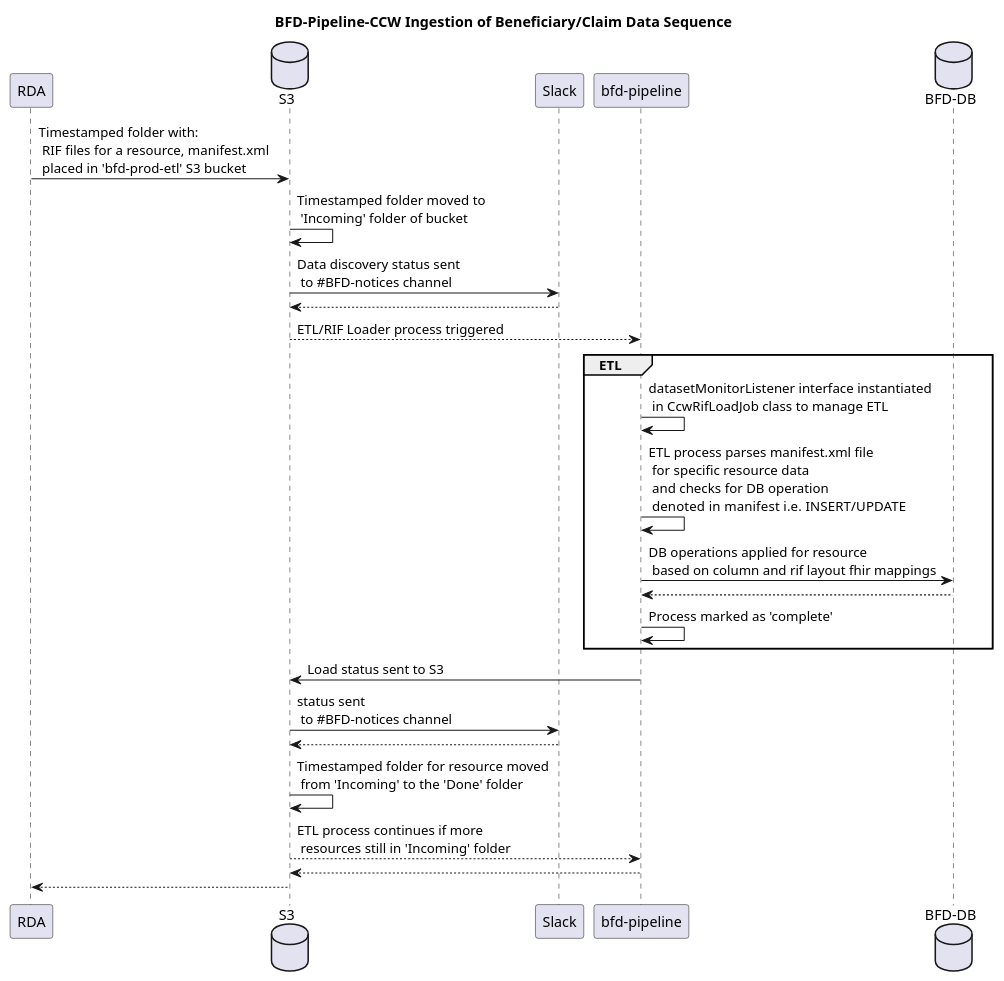
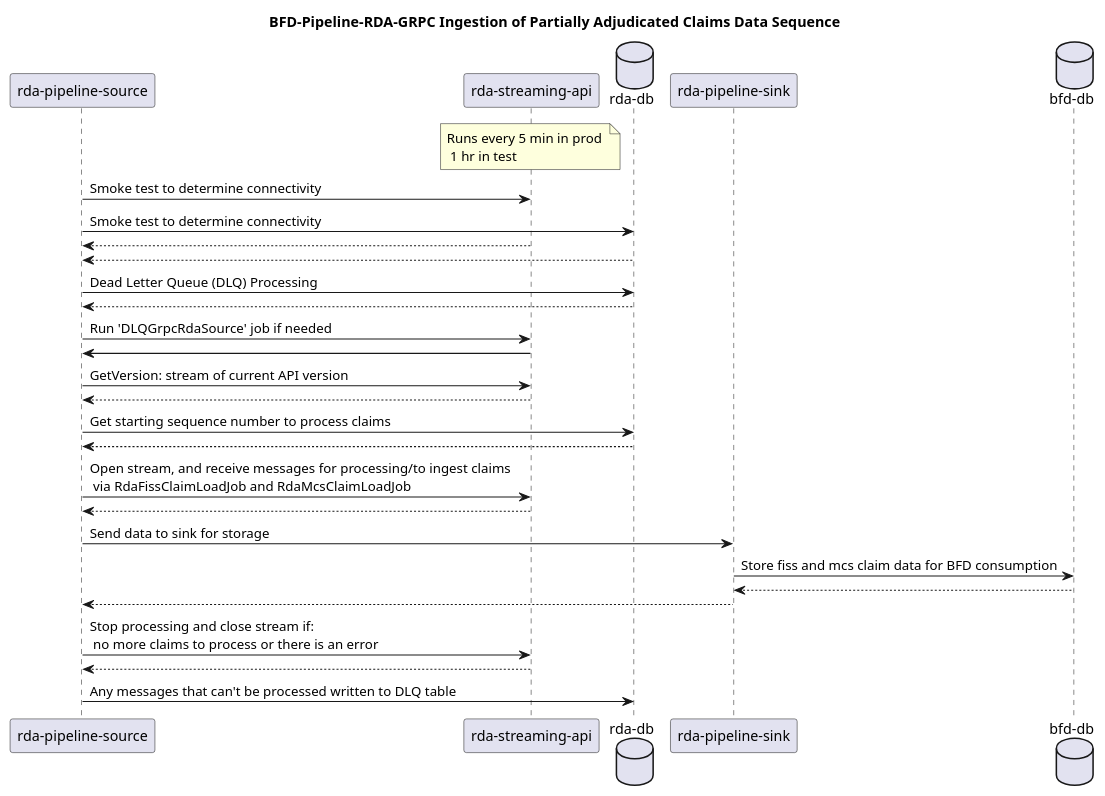
One commit to CMSgov/beneficiary-fhir-data changed the diagram in docs/assets/fhir-resource-ingestion-digestion-diagrams/bfd-pipeline-rda-ingestion.plantuml. Above: the diagram before and after it, drawn with PlantUML. The commit also changed 3 other files, not shown here.

Commit message:
add rda digestion diagram as well as svgs for all diagrams

```diff
--- a/docs/assets/fhir-resource-ingestion-digestion-diagrams/bfd-pipeline-rda-ingestion.plantuml
+++ b/docs/assets/fhir-resource-ingestion-digestion-diagrams/bfd-pipeline-rda-ingestion.plantuml
@@ -1,27 +1,30 @@
 @startuml
-title BFD-Pipeline-CCW Ingestion of Beneficiary/Claim Data Sequence
-participant RDA
-database S3
-participant Slack
-participant "bfd-pipeline"
-database "BFD-DB"
-RDA -> S3: Timestamped folder with: \n RIF files for a resource, manifest.xml \n placed in 'bfd-prod-etl' S3 bucket  
-S3 -> S3: Timestamped folder moved to \n 'Incoming' folder of bucket
-S3 -> Slack: Data discovery status sent \n to #BFD-notices channel
-Slack --> S3
-S3 --> "bfd-pipeline": ETL/RIF Loader process triggered
-group ETL
-"bfd-pipeline" -> "bfd-pipeline": datasetMonitorListener interface instantiated \n in CcwRifLoadJob class to manage ETL
-"bfd-pipeline" -> "bfd-pipeline": ETL process parses manifest.xml file \n for specific resource data \n and checks for DB operation \n denoted  in manifest i.e. INSERT/UPDATE
-"bfd-pipeline" -> "BFD-DB": DB operations applied for resource \n based on column and rif layout fhir mappings
-"BFD-DB" --> "bfd-pipeline"
-"bfd-pipeline" -> "bfd-pipeline": Process marked as 'complete'
-end
-"bfd-pipeline" -> S3: Load status sent to S3
-S3 -> Slack: status sent \n to #BFD-notices channel
-Slack --> S3
-S3 -> S3: Timestamped folder for resource moved \n from 'Incoming' to the 'Done' folder
-S3 --> "bfd-pipeline": ETL process continues if more \n resources still in 'Incoming' folder
-"bfd-pipeline" --> S3
-S3--> RDA
+title BFD-Pipeline-RDA-GRPC Ingestion of Partially Adjudicated Claims Data Sequence
+participant "rda-pipeline-source"
+participant "rda-streaming-api"
+database "rda-db"
+participant "rda-pipeline-sink"
+database "bfd-db"
+note over "rda-streaming-api": Runs every 5 min in prod \n 1 hr in test
+"rda-pipeline-source" -> "rda-streaming-api": Smoke test to determine connectivity
+"rda-pipeline-source" -> "rda-db": Smoke test to determine connectivity
+"rda-streaming-api" --> "rda-pipeline-source"  
+"rda-db" --> "rda-pipeline-source"
+"rda-pipeline-source" -> "rda-db": Dead Letter Queue (DLQ) Processing
+"rda-db" --> "rda-pipeline-source"
+"rda-pipeline-source" -> "rda-streaming-api": Run 'DLQGrpcRdaSource' job if needed
+"rda-streaming-api" -> "rda-pipeline-source"
+"rda-pipeline-source" -> "rda-streaming-api": GetVersion: stream of current API version
+"rda-streaming-api" --> "rda-pipeline-source"
+"rda-pipeline-source" -> "rda-db": Get starting sequence number to process claims
+"rda-db" --> "rda-pipeline-source"
+"rda-pipeline-source" -> "rda-streaming-api": Open stream, and receive messages for processing/to ingest claims \n via RdaFissClaimLoadJob and RdaMcsClaimLoadJob
+"rda-streaming-api" --> "rda-pipeline-source"
+"rda-pipeline-source" -> "rda-pipeline-sink": Send data to sink for storage
+"rda-pipeline-sink" -> "bfd-db": Store fiss and mcs claim data for BFD consumption
+"bfd-db" --> "rda-pipeline-sink"
+"rda-pipeline-sink" --> "rda-pipeline-source"
+"rda-pipeline-source" -> "rda-streaming-api": Stop processing and close stream if: \n no more claims to process or there is an error 
+"rda-streaming-api"--> "rda-pipeline-source"
+"rda-pipeline-source" -> "rda-db": Any messages that can't be processed written to DLQ table
 @enduml
```
